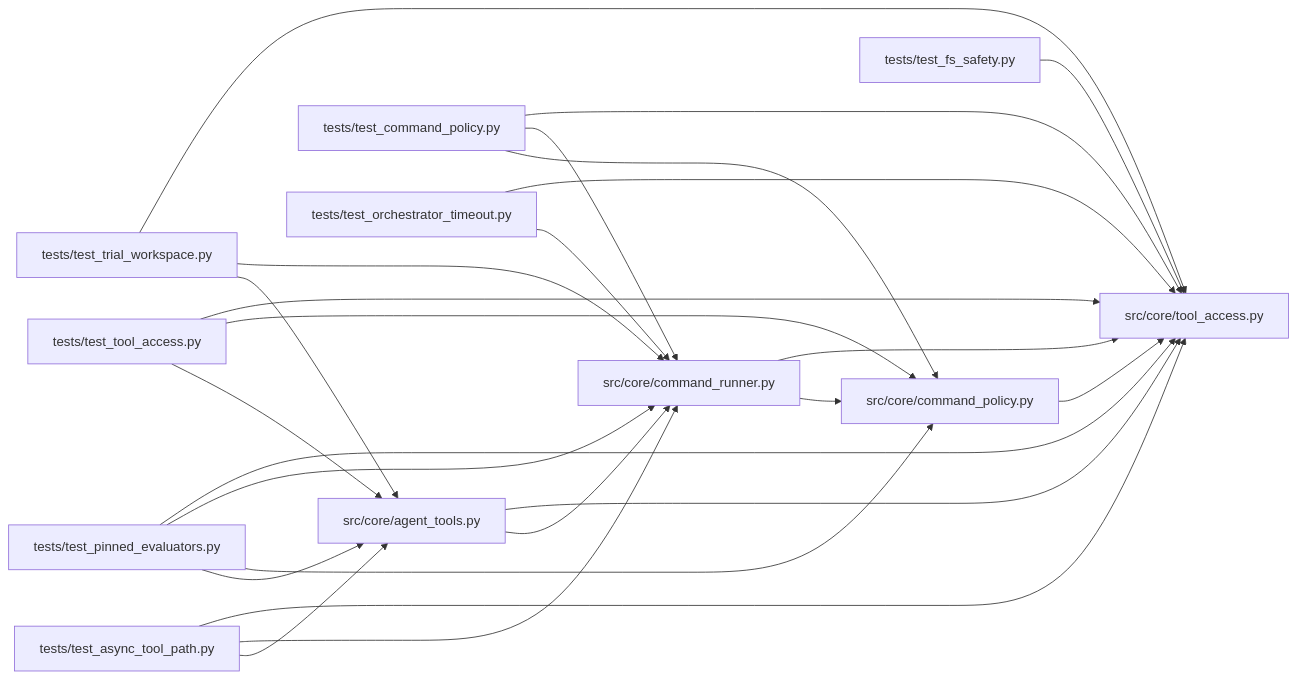
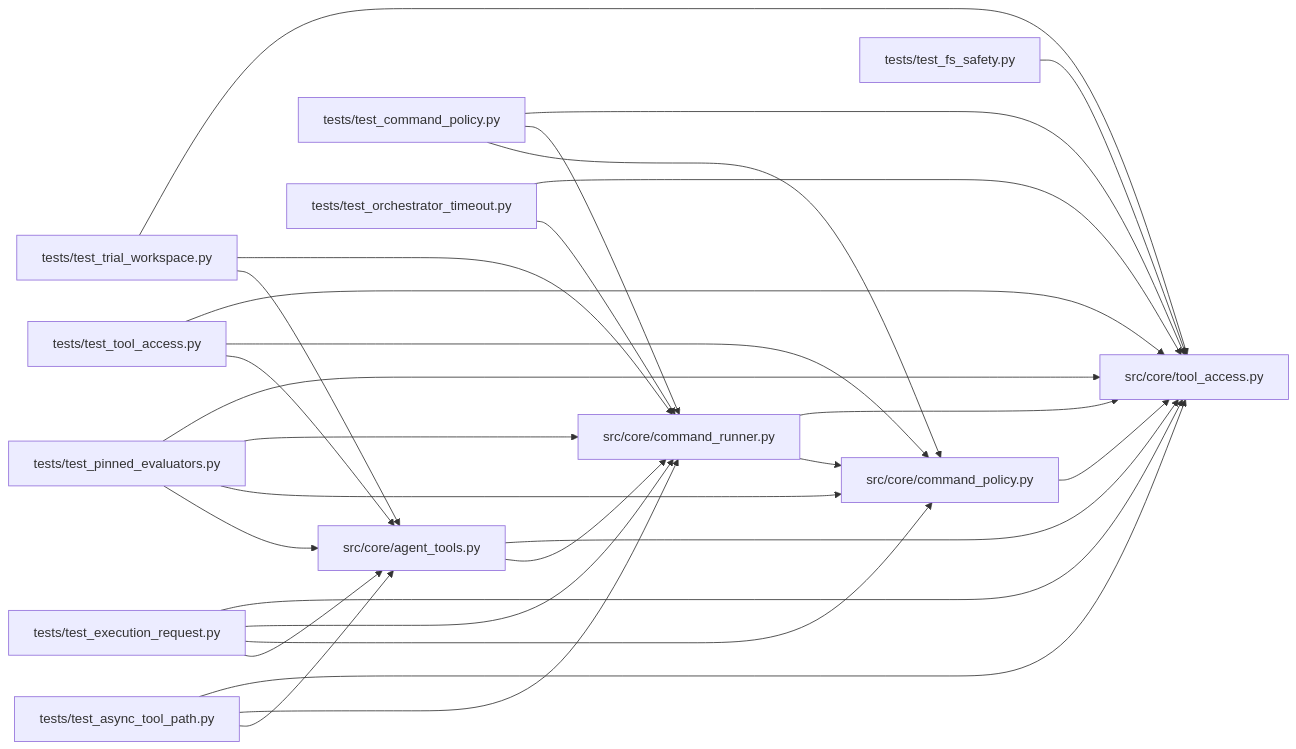
Before and after one commit to Denissvgn/autoresearch-agent: the diagram in docs/llm_wiki/modules/tool_access.md, drawn with Mermaid. The commit also changed other lines of this file and 41 other files, not shown here.

First line of the commit message:
docs(wiki): sync pages for the single execution request resolver

````diff
--- a/docs/llm_wiki/modules/tool_access.md
+++ b/docs/llm_wiki/modules/tool_access.md
@@ -50,49 +50,55 @@
 ```mermaid
 flowchart LR
     n0["src/core/agent_tools.py"]
     n1["src/core/command_policy.py"]
     n2["src/core/command_runner.py"]
     n3["src/core/tool_access.py"]
     n4["tests/test_async_tool_path.py"]
     n5["tests/test_command_policy.py"]
-    n6["tests/test_fs_safety.py"]
-    n7["tests/test_orchestrator_timeout.py"]
-    n8["tests/test_pinned_evaluators.py"]
-    n9["tests/test_tool_access.py"]
-    n10["tests/test_trial_workspace.py"]
+    n6["tests/test_execution_request.py"]
+    n7["tests/test_fs_safety.py"]
+    n8["tests/test_orchestrator_timeout.py"]
+    n9["tests/test_pinned_evaluators.py"]
+    n10["tests/test_tool_access.py"]
+    n11["tests/test_trial_workspace.py"]
     n0 --> n2
     n0 --> n3
     n1 --> n3
     n2 --> n1
     n2 --> n3
     n4 --> n0
     n4 --> n2
     n4 --> n3
     n5 --> n1
     n5 --> n2
     n5 --> n3
+    n6 --> n0
+    n6 --> n1
+    n6 --> n2
     n6 --> n3
-    n7 --> n2
     n7 --> n3
-    n8 --> n0
-    n8 --> n1
     n8 --> n2
     n8 --> n3
     n9 --> n0
     n9 --> n1
+    n9 --> n2
     n9 --> n3
     n10 --> n0
-    n10 --> n2
+    n10 --> n1
     n10 --> n3
+    n11 --> n0
+    n11 --> n2
+    n11 --> n3
     click n0 "../modules/agent_tools.md"
     click n1 "../modules/command_policy.md"
     click n2 "../modules/command_runner.md"
     click n3 "../modules/tool_access.md"
     click n4 "../modules/test_async_tool_path.md"
     click n5 "../modules/test_command_policy.md"
-    click n6 "../modules/test_fs_safety.md"
-    click n7 "../modules/test_orchestrator_timeout.md"
-    click n8 "../modules/test_pinned_evaluators.md"
-    click n9 "../modules/test_tool_access.md"
-    click n10 "../modules/test_trial_workspace.md"
+    click n6 "../modules/test_execution_request.md"
+    click n7 "../modules/test_fs_safety.md"
+    click n8 "../modules/test_orchestrator_timeout.md"
+    click n9 "../modules/test_pinned_evaluators.md"
+    click n10 "../modules/test_tool_access.md"
+    click n11 "../modules/test_trial_workspace.md"
 ```
````
